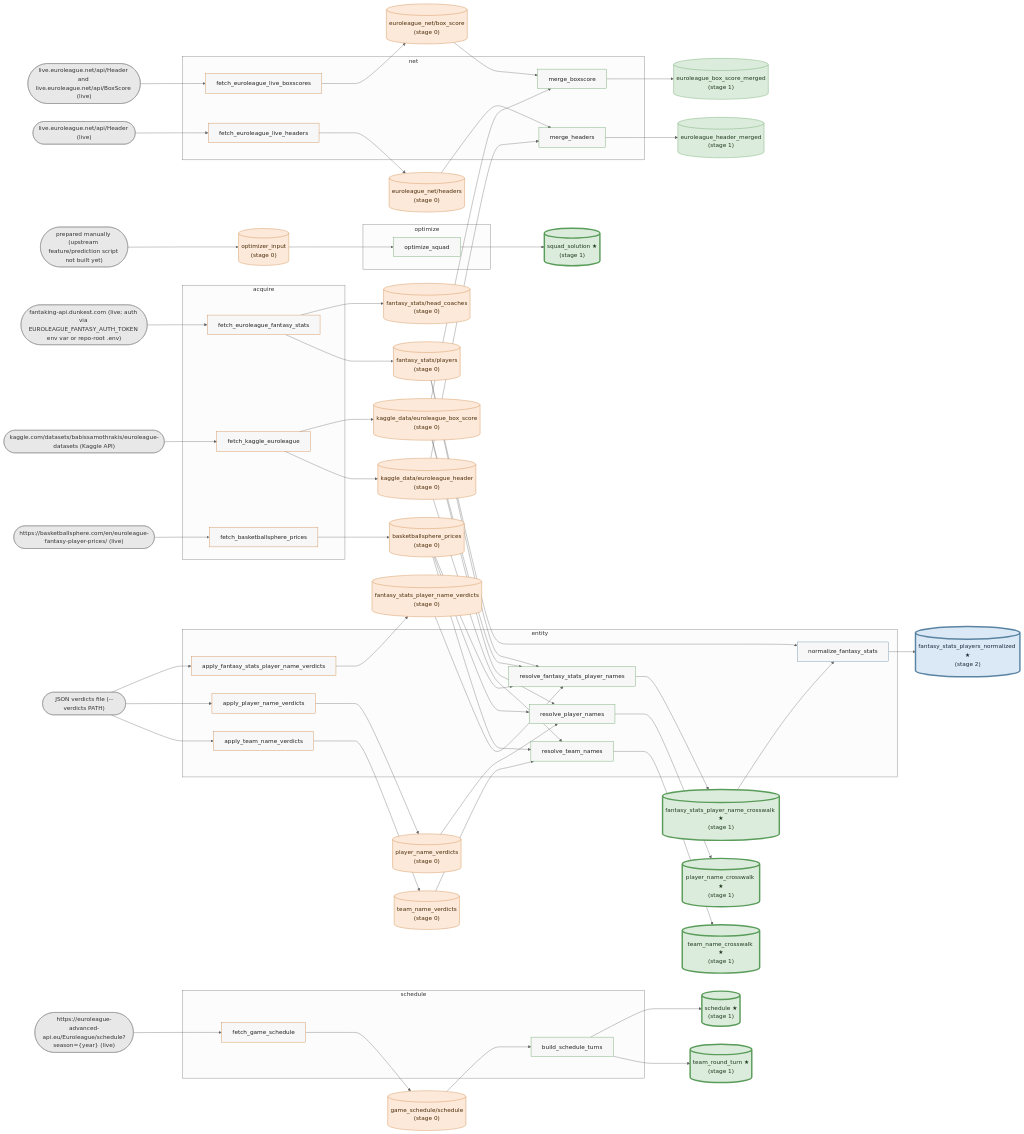
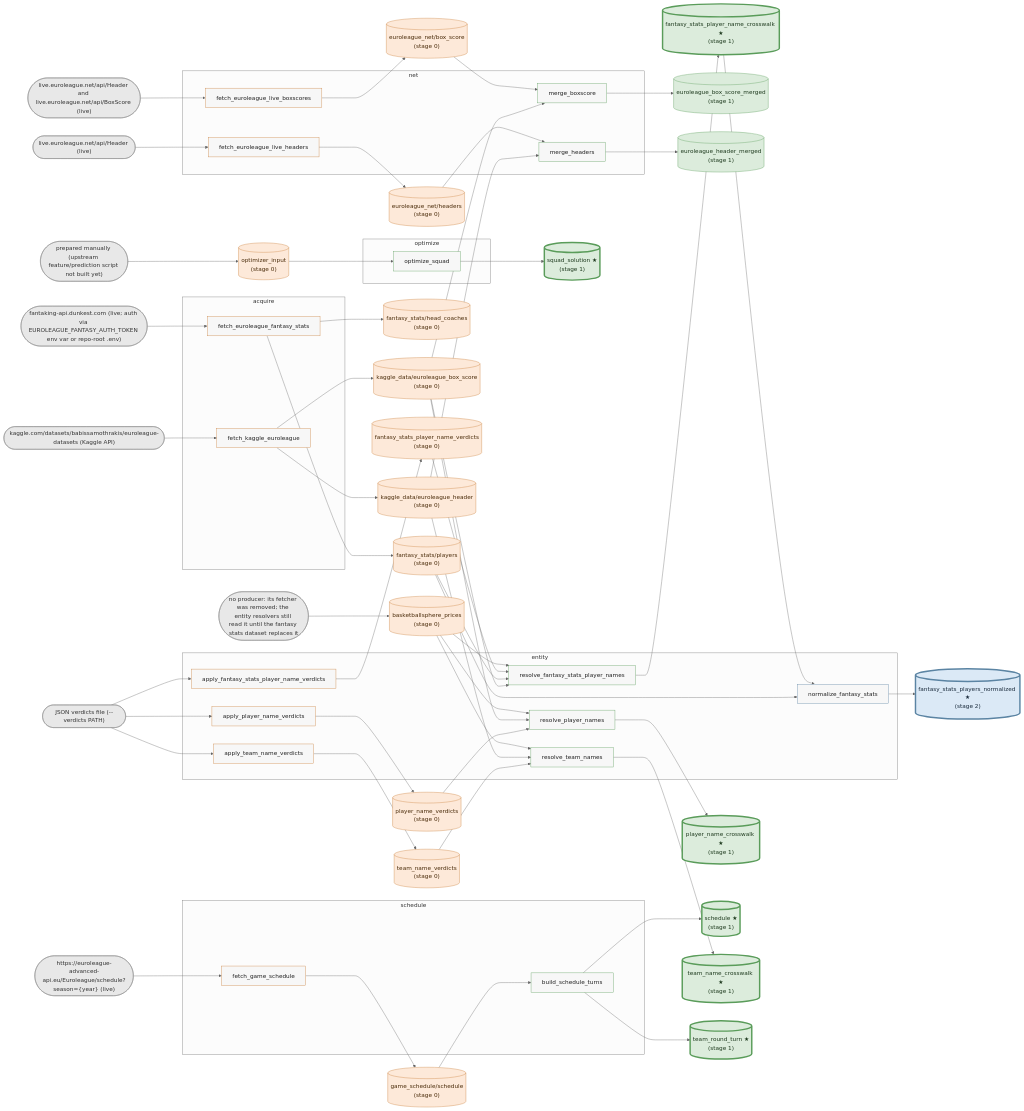
One commit to Takfes/indie-euroleague changed the diagram in docs/data-graph.md. Above: the diagram before and after it, drawn with Mermaid (neutral theme). The commit also changed 9 other files, not shown here.

First line of the commit message:
chore(fetchers): remove the basketballsphere prices fetcher

```diff
--- a/docs/data-graph.md
+++ b/docs/data-graph.md
@@ -9,16 +9,15 @@
     %% external sources
     x_JSON_verdicts_file____verdicts_PATH_(["JSON verdicts file (--verdicts PATH)"])
     x_fantaking_api_dunkest_com__live__auth_via_EUROLEAGUE_FANTASY_AUTH_TOKEN_env_var_or_repo_root__env_(["fantaking-api.dunkest.com (live; auth via EUROLEAGUE_FANTASY_AUTH_TOKEN env var or repo-root .env)"])
-    x_https___basketballsphere_com_en_euroleague_fantasy_player_prices___live_(["https://basketballsphere.com/en/euroleague-fantasy-player-prices/ (live)"])
     x_https___euroleague_advanced_api_eu_Euroleague_schedule_season__year___live_(["https://euroleague-advanced-api.eu/Euroleague/schedule?season={year} (live)"])
     x_kaggle_com_datasets_babissamothrakis_euroleague_datasets__Kaggle_API_(["kaggle.com/datasets/babissamothrakis/euroleague-datasets (Kaggle API)"])
     x_live_euroleague_net_api_Header__live_(["live.euroleague.net/api/Header (live)"])
     x_live_euroleague_net_api_Header_and_live_euroleague_net_api_BoxScore__live_(["live.euroleague.net/api/Header and live.euroleague.net/api/BoxScore (live)"])
+    x_no_producer__its_fetcher_was_removed__the_entity_resolvers_still_read_it_until_the_fantasy_stats_dataset_replaces_it(["no producer: its fetcher was removed; the entity resolvers still read it until the fantasy stats dataset replaces it"])
     x_prepared_manually__upstream_feature_prediction_script_not_built_yet_(["prepared manually (upstream feature/prediction script not built yet)"])
 
     %% scripts
     subgraph p_acquire["acquire"]
-        s_fetch_basketballsphere_prices["fetch_basketballsphere_prices"]
         s_fetch_euroleague_fantasy_stats["fetch_euroleague_fantasy_stats"]
         s_fetch_kaggle_euroleague["fetch_kaggle_euroleague"]
     end
@@ -92,7 +91,6 @@
     s_apply_team_name_verdicts --> d_team_name_verdicts
     s_build_schedule_turns --> d_schedule
     s_build_schedule_turns --> d_team_round_turn
-    s_fetch_basketballsphere_prices --> d_basketballsphere_prices
     s_fetch_euroleague_fantasy_stats --> d_fantasy_stats_head_coaches
     s_fetch_euroleague_fantasy_stats --> d_fantasy_stats_players
     s_fetch_euroleague_live_boxscores --> d_euroleague_net_box_score
@@ -111,11 +109,11 @@
     x_JSON_verdicts_file____verdicts_PATH_ --> s_apply_player_name_verdicts
     x_JSON_verdicts_file____verdicts_PATH_ --> s_apply_team_name_verdicts
     x_fantaking_api_dunkest_com__live__auth_via_EUROLEAGUE_FANTASY_AUTH_TOKEN_env_var_or_repo_root__env_ --> s_fetch_euroleague_fantasy_stats
-    x_https___basketballsphere_com_en_euroleague_fantasy_player_prices___live_ --> s_fetch_basketballsphere_prices
     x_https___euroleague_advanced_api_eu_Euroleague_schedule_season__year___live_ --> s_fetch_game_schedule
     x_kaggle_com_datasets_babissamothrakis_euroleague_datasets__Kaggle_API_ --> s_fetch_kaggle_euroleague
     x_live_euroleague_net_api_Header__live_ --> s_fetch_euroleague_live_headers
     x_live_euroleague_net_api_Header_and_live_euroleague_net_api_BoxScore__live_ --> s_fetch_euroleague_live_boxscores
+    x_no_producer__its_fetcher_was_removed__the_entity_resolvers_still_read_it_until_the_fantasy_stats_dataset_replaces_it --> d_basketballsphere_prices
     x_prepared_manually__upstream_feature_prediction_script_not_built_yet_ --> d_optimizer_input
 
     %% colors by stage
@@ -127,10 +125,10 @@
     classDef stage1 fill:#dcecdc,stroke:#5a9c5a,color:#1e3a1e
     classDef stage1_final fill:#dcecdc,stroke:#5a9c5a,color:#1e3a1e,stroke-width:4px
     classDef stage2_final fill:#dbe9f6,stroke:#5b84a3,color:#1a2b3c,stroke-width:4px
-    class s_apply_fantasy_stats_player_name_verdicts,s_apply_player_name_verdicts,s_apply_team_name_verdicts,s_fetch_basketballsphere_prices,s_fetch_euroleague_fantasy_stats,s_fetch_euroleague_live_boxscores,s_fetch_euroleague_live_headers,s_fetch_game_schedule,s_fetch_kaggle_euroleague script_stage0
+    class s_apply_fantasy_stats_player_name_verdicts,s_apply_player_name_verdicts,s_apply_team_name_verdicts,s_fetch_euroleague_fantasy_stats,s_fetch_euroleague_live_boxscores,s_fetch_euroleague_live_headers,s_fetch_game_schedule,s_fetch_kaggle_euroleague script_stage0
     class s_build_schedule_turns,s_merge_boxscore,s_merge_headers,s_optimize_squad,s_resolve_fantasy_stats_player_names,s_resolve_player_names,s_resolve_team_names script_stage1
     class s_normalize_fantasy_stats script_stage2
-    class x_JSON_verdicts_file____verdicts_PATH_,x_fantaking_api_dunkest_com__live__auth_via_EUROLEAGUE_FANTASY_AUTH_TOKEN_env_var_or_repo_root__env_,x_https___basketballsphere_com_en_euroleague_fantasy_player_prices___live_,x_https___euroleague_advanced_api_eu_Euroleague_schedule_season__year___live_,x_kaggle_com_datasets_babissamothrakis_euroleague_datasets__Kaggle_API_,x_live_euroleague_net_api_Header__live_,x_live_euroleague_net_api_Header_and_live_euroleague_net_api_BoxScore__live_,x_prepared_manually__upstream_feature_prediction_script_not_built_yet_ source
+    class x_JSON_verdicts_file____verdicts_PATH_,x_fantaking_api_dunkest_com__live__auth_via_EUROLEAGUE_FANTASY_AUTH_TOKEN_env_var_or_repo_root__env_,x_https___euroleague_advanced_api_eu_Euroleague_schedule_season__year___live_,x_kaggle_com_datasets_babissamothrakis_euroleague_datasets__Kaggle_API_,x_live_euroleague_net_api_Header__live_,x_live_euroleague_net_api_Header_and_live_euroleague_net_api_BoxScore__live_,x_no_producer__its_fetcher_was_removed__the_entity_resolvers_still_read_it_until_the_fantasy_stats_dataset_replaces_it,x_prepared_manually__upstream_feature_prediction_script_not_built_yet_ source
     class d_basketballsphere_prices,d_euroleague_net_box_score,d_euroleague_net_headers,d_fantasy_stats_head_coaches,d_fantasy_stats_player_name_verdicts,d_fantasy_stats_players,d_game_schedule_schedule,d_kaggle_data_euroleague_box_score,d_kaggle_data_euroleague_header,d_optimizer_input,d_player_name_verdicts,d_team_name_verdicts stage0
     class d_euroleague_box_score_merged,d_euroleague_header_merged stage1
     class d_fantasy_stats_player_name_crosswalk,d_player_name_crosswalk,d_schedule,d_squad_solution,d_team_name_crosswalk,d_team_round_turn stage1_final
```
